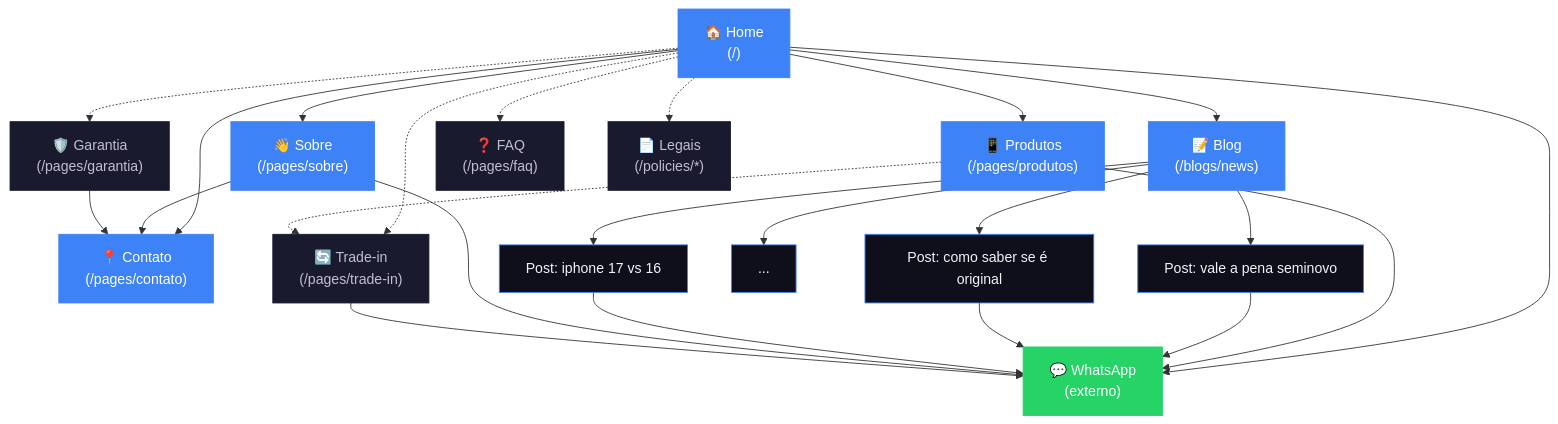
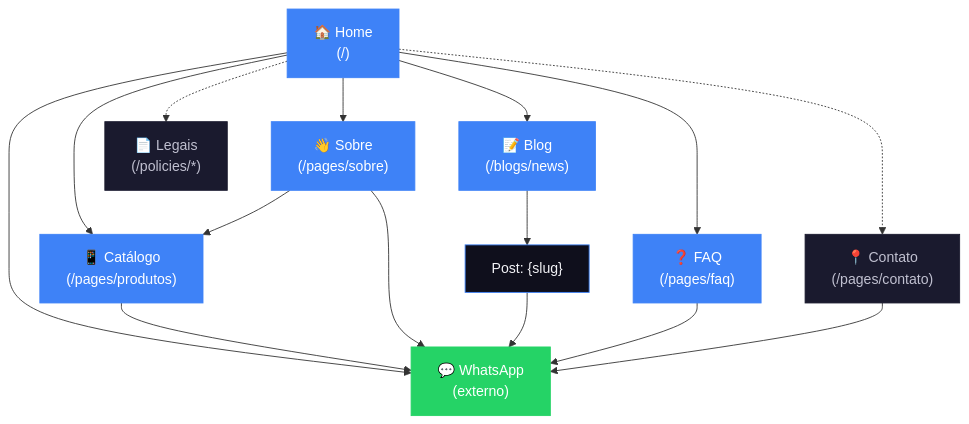
One commit to letidalcorso/ccos-ratos changed the diagram in clientes/smartbase/arquitetura-informacao-sitemap.md. Above: the diagram before and after it, drawn with Mermaid. The commit also changed other lines of this file, not shown here.

````diff
--- a/clientes/smartbase/arquitetura-informacao-sitemap.md
+++ b/clientes/smartbase/arquitetura-informacao-sitemap.md
@@ -207,40 +246,32 @@
 ```mermaid
 graph TD
     HOME["🏠 Home<br/>(/)"]
 
-    HOME --> PROD["📱 Produtos<br/>(/pages/produtos)"]
+    HOME --> CAT["📱 Catálogo<br/>(/pages/produtos)"]
+    HOME --> SOBRE["👋 Sobre<br/>(/pages/sobre)"]
     HOME --> BLOG["📝 Blog<br/>(/blogs/news)"]
-    HOME --> SOBRE["👋 Sobre<br/>(/pages/sobre)"]
-    HOME --> CONTATO["📍 Contato<br/>(/pages/contato)"]
+    HOME --> FAQ["❓ FAQ<br/>(/pages/faq)"]
     HOME --> WPP["💬 WhatsApp<br/>(externo)"]
 
-    BLOG --> POST1["Post: vale a pena seminovo"]
-    BLOG --> POST2["Post: como saber se é original"]
-    BLOG --> POST3["Post: iphone 17 vs 16"]
-    BLOG --> POSTS["..."]
+    BLOG --> POST["Post: {slug}"]
 
-    HOME -.-> TRADEIN["🔄 Trade-in<br/>(/pages/trade-in)"]
-    HOME -.-> GARANTIA["🛡️ Garantia<br/>(/pages/garantia)"]
-    HOME -.-> FAQ["❓ FAQ<br/>(/pages/faq)"]
+    HOME -.-> CONTATO["📍 Contato<br/>(/pages/contato)"]
     HOME -.-> LEGAL["📄 Legais<br/>(/policies/*)"]
 
-    PROD --> WPP
-    PROD -.-> TRADEIN
-    POST1 --> WPP
-    POST2 --> WPP
-    POST3 --> WPP
-    SOBRE --> CONTATO
+    CAT --> WPP
     SOBRE --> WPP
-    TRADEIN --> WPP
-    GARANTIA --> CONTATO
+    SOBRE --> CAT
+    POST --> WPP
+    FAQ --> WPP
+    CONTATO --> WPP
 
     classDef header fill:#3E82F7,color:#fff,stroke:#3E82F7
     classDef footer fill:#1A1A2E,color:#C0C0D0,stroke:#1A1A2E
     classDef cta fill:#25D366,color:#fff,stroke:#25D366
     classDef post fill:#0F0F1C,color:#F2F2F6,stroke:#3E82F7
 
-    class HOME,PROD,BLOG,SOBRE,CONTATO header
-    class TRADEIN,GARANTIA,FAQ,LEGAL footer
+    class HOME,CAT,SOBRE,BLOG,FAQ header
+    class CONTATO,LEGAL footer
     class WPP cta
-    class POST1,POST2,POST3,POSTS post
+    class POST post
 ```
````
